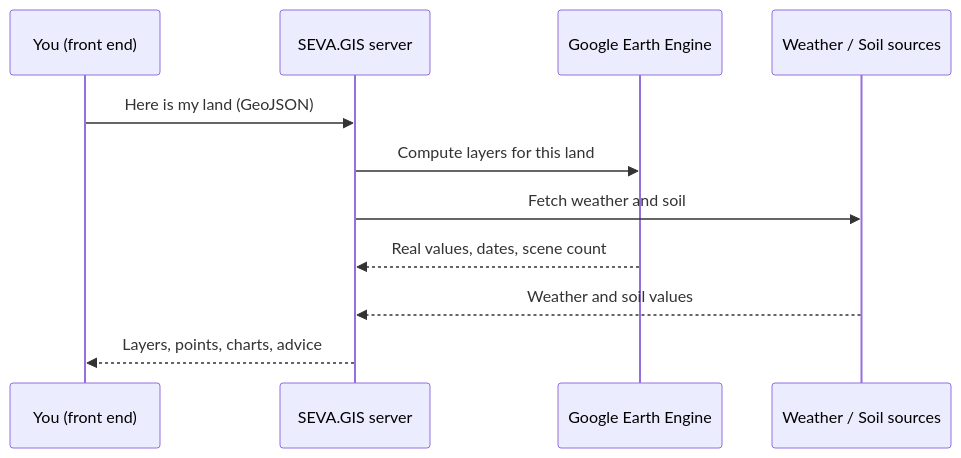
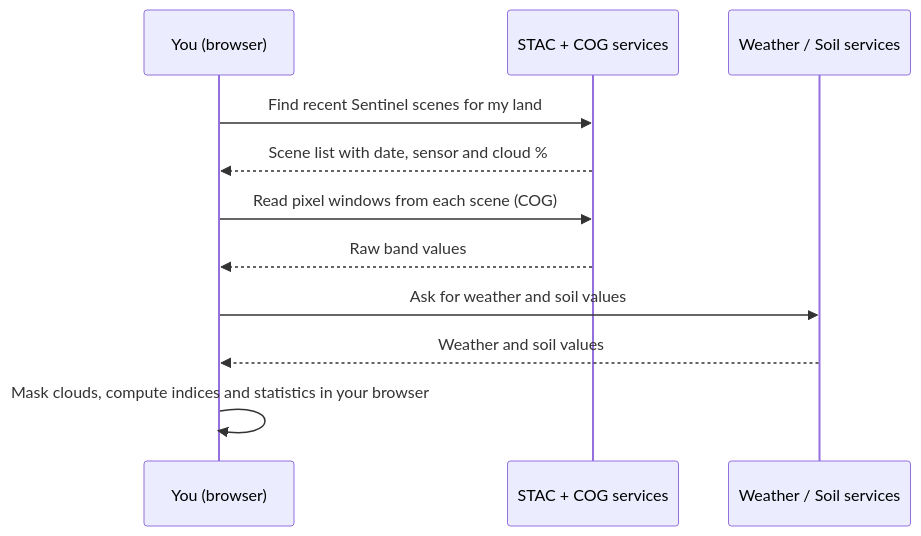
Before and after one commit to virahitvin8/seva-gis: the second of 2 diagrams in README.md, drawn with Mermaid. The commit also changed other lines of this file, not shown here.

Commit message:
docs(readme): match verified reality - live sites show real status per domain with the GitHub Pages one-domain note, data path described as browser STAC/COG with optional backend, install and release sections no longer claim unpublished APK/EXE builds or offline PWA support

````diff
--- a/README.md
+++ b/README.md
@@ -82,13 +86,13 @@
 ```mermaid
 sequenceDiagram
-  participant U as You (front end)
-  participant S as SEVA.GIS server
-  participant G as Google Earth Engine
-  participant W as Weather / Soil sources
-  U->>S: Here is my land (GeoJSON)
-  S->>G: Compute layers for this land
-  S->>W: Fetch weather and soil
-  G-->>S: Real values, dates, scene count
-  W-->>S: Weather and soil values
-  S-->>U: Layers, points, charts, advice
+  participant U as You (browser)
+  participant S as STAC + COG services
+  participant W as Weather / Soil services
+  U->>S: Find recent Sentinel scenes for my land
+  S-->>U: Scene list with date, sensor and cloud %
+  U->>S: Read pixel windows from each scene (COG)
+  S-->>U: Raw band values
+  U->>W: Ask for weather and soil values
+  W-->>U: Weather and soil values
+  U->>U: Mask clouds, compute indices and statistics in your browser
 ```
````
